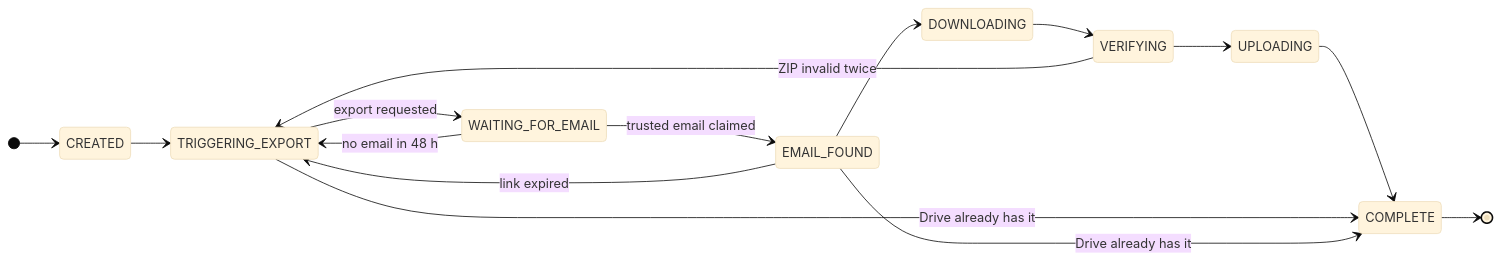
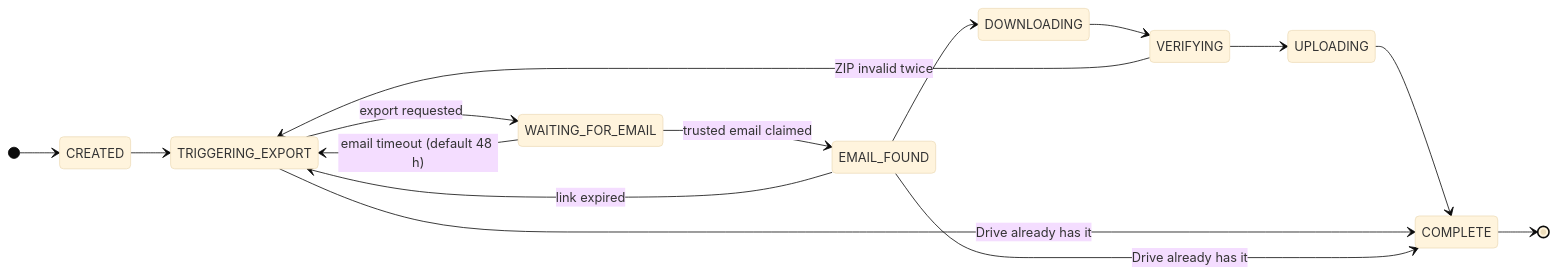
One commit to itemka/nodejs-backend-mastery changed the first of 6 diagrams in workspaces/apps/notion-backup-automation/docs/backup-lifecycle.md. Above: the diagram before and after it, drawn with Mermaid (base theme). The commit also changed other lines of this file and 5 other files, not shown here.

````diff
--- a/workspaces/apps/notion-backup-automation/docs/backup-lifecycle.md
+++ b/workspaces/apps/notion-backup-automation/docs/backup-lifecycle.md
@@ -14,18 +14,18 @@
 ```mermaid
 stateDiagram-v2
   direction LR
   [*] --> CREATED
   CREATED --> TRIGGERING_EXPORT
   TRIGGERING_EXPORT --> WAITING_FOR_EMAIL: export requested
   WAITING_FOR_EMAIL --> EMAIL_FOUND: trusted email claimed
-  WAITING_FOR_EMAIL --> TRIGGERING_EXPORT: no email in 48 h
+  WAITING_FOR_EMAIL --> TRIGGERING_EXPORT: email timeout (default 48 h)
   EMAIL_FOUND --> DOWNLOADING
   DOWNLOADING --> VERIFYING
   VERIFYING --> UPLOADING
   UPLOADING --> COMPLETE
   VERIFYING --> TRIGGERING_EXPORT: ZIP invalid twice
   EMAIL_FOUND --> TRIGGERING_EXPORT: link expired
   TRIGGERING_EXPORT --> COMPLETE: Drive already has it
   EMAIL_FOUND --> COMPLETE: Drive already has it
   COMPLETE --> [*]
 ```
````
